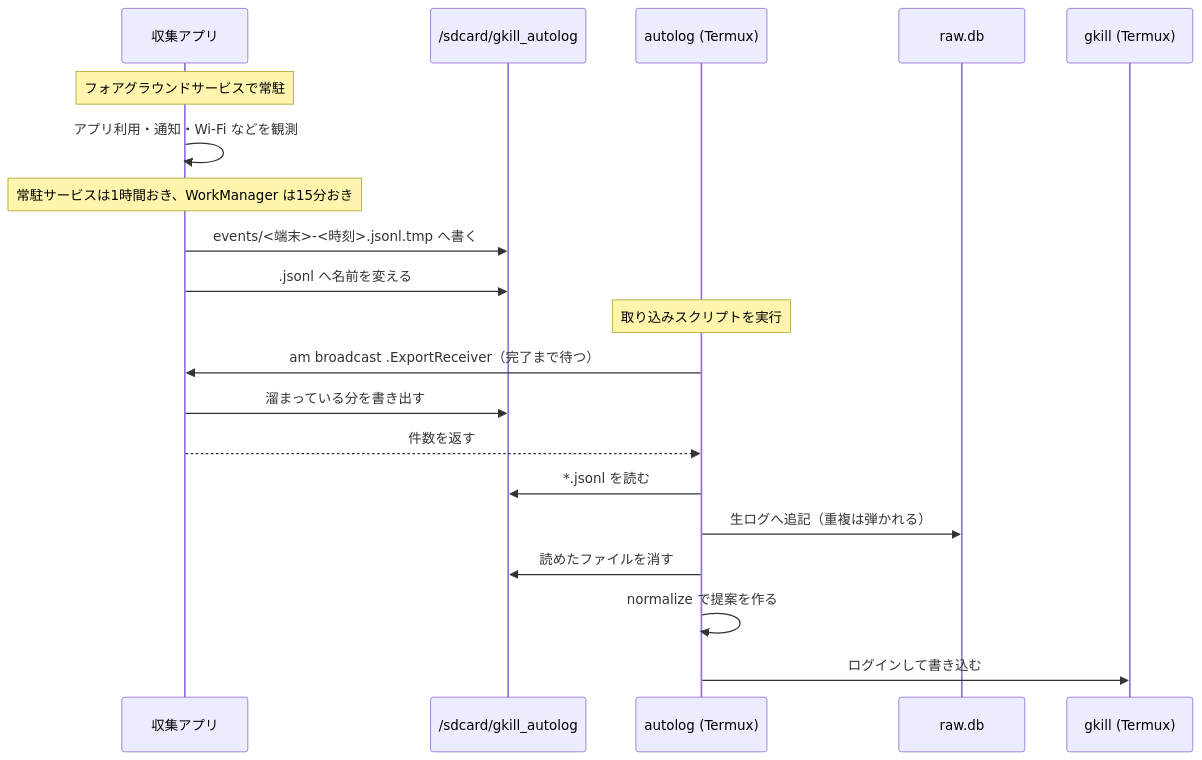
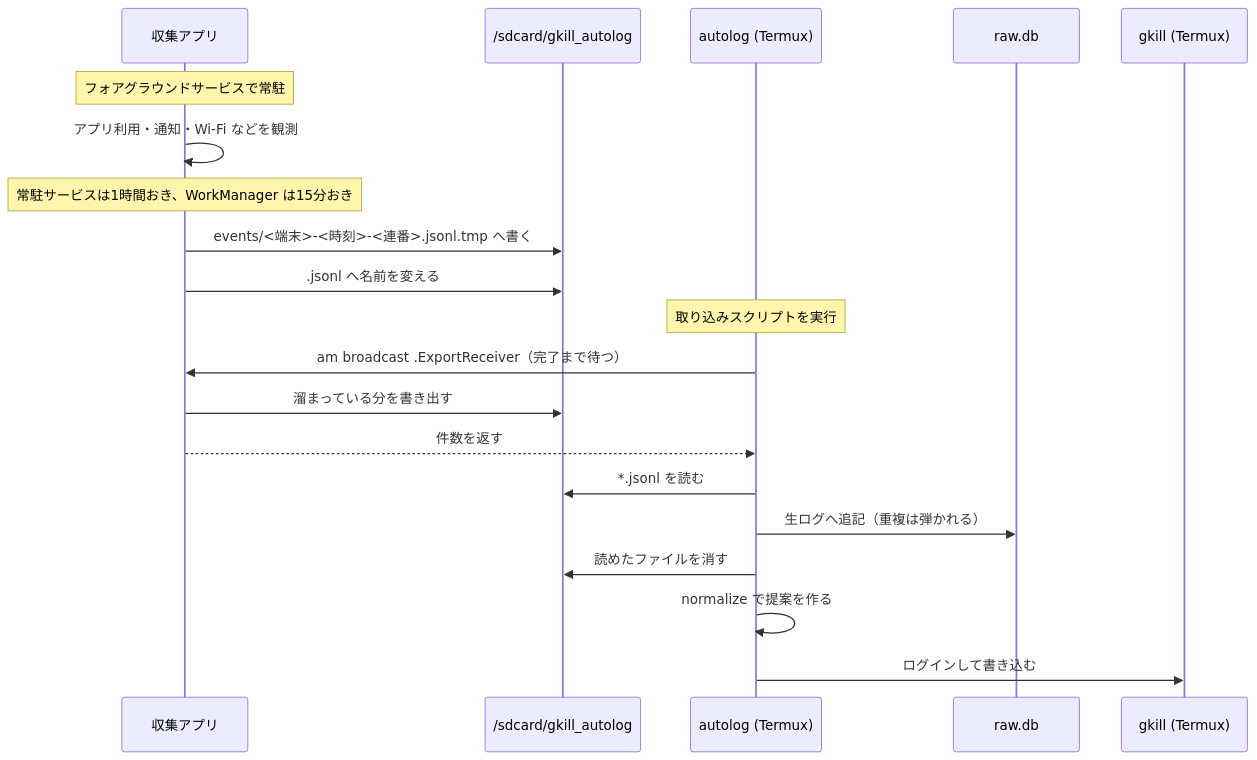
One commit to mt3hr/gkill_autolog changed the second of 6 diagrams in documents/reverse/sequence-diagrams.md. Above: the diagram before and after it, drawn with Mermaid. The commit also changed other lines of this file and 12 other files, not shown here.

````diff
--- a/documents/reverse/sequence-diagrams.md
+++ b/documents/reverse/sequence-diagrams.md
@@ -41,24 +42,24 @@
 ```mermaid
 sequenceDiagram
     participant A as 収集アプリ
     participant S as /sdcard/gkill_autolog
     participant T as autolog (Termux)
     participant R as raw.db
     participant G as gkill (Termux)
 
     Note over A: フォアグラウンドサービスで常駐
     A->>A: アプリ利用・通知・Wi-Fi などを観測
     Note over A: 常駐サービスは1時間おき、WorkManager は15分おき
-    A->>S: events/<端末>-<時刻>.jsonl.tmp へ書く
+    A->>S: events/<端末>-<時刻>-<連番>.jsonl.tmp へ書く
     A->>S: .jsonl へ名前を変える
 
     Note over T: 取り込みスクリプトを実行
     T->>A: am broadcast .ExportReceiver（完了まで待つ）
     A->>S: 溜まっている分を書き出す
     A-->>T: 件数を返す
     T->>S: *.jsonl を読む
     T->>R: 生ログへ追記（重複は弾かれる）
     T->>S: 読めたファイルを消す
     T->>T: normalize で提案を作る
     T->>G: ログインして書き込む
 ```
````
